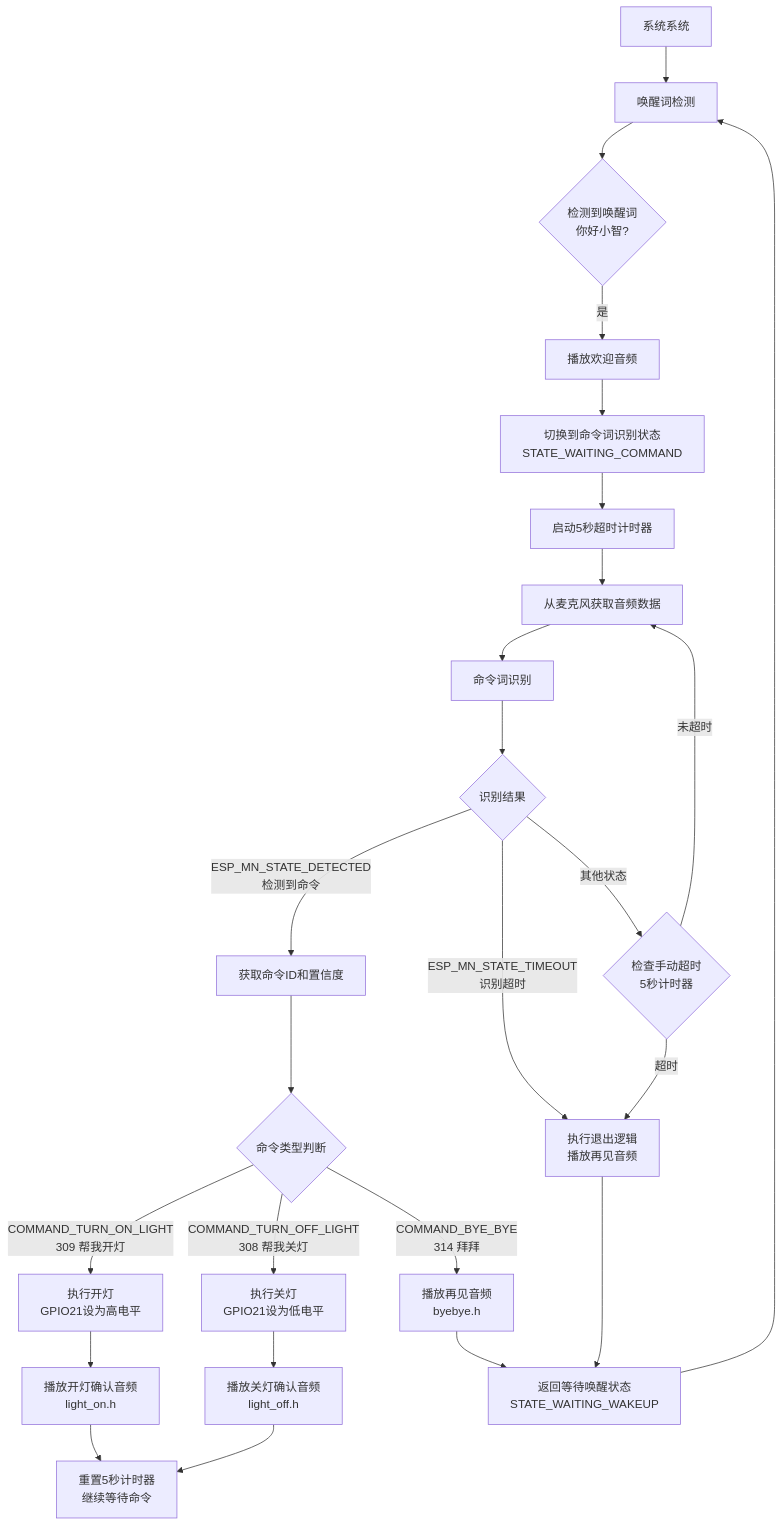
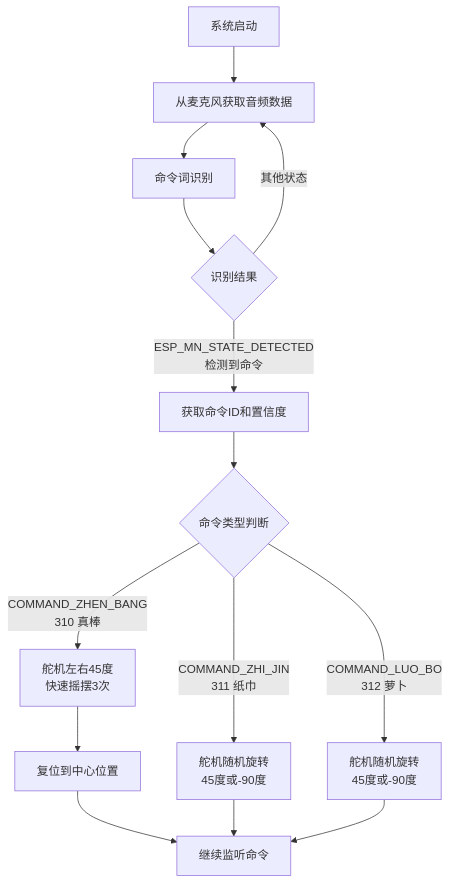
Before and after one commit to shenjingnan/luobo-zhenbang: the second of 2 diagrams in README.md, drawn with Mermaid. The commit also changed other lines of this file and 4 other files, not shown here.

````diff
--- a/README.md
+++ b/README.md
@@ -273,34 +242,21 @@
 ```mermaid
 flowchart TD
-    A[系统系统] --> L[唤醒词检测]
-    L --> M{检测到唤醒词<br/>你好小智?}
-    M -->|是| N[播放欢迎音频]
-    N --> O[切换到命令词识别状态<br/>STATE_WAITING_COMMAND]
-    O --> P[启动5秒超时计时器]
-
-    P --> AA[从麦克风获取音频数据]
-    AA --> DD[命令词识别]
+    A[系统启动] --> L[从麦克风获取音频数据]
+    L --> DD[命令词识别]
     DD --> EE{识别结果}
 
     EE -->|ESP_MN_STATE_DETECTED<br/>检测到命令| FF[获取命令ID和置信度]
     FF --> GG{命令类型判断}
 
-    GG -->|COMMAND_TURN_ON_LIGHT<br/>309 帮我开灯| HH[执行开灯<br/>GPIO21设为高电平]
-    HH --> II[播放开灯确认音频<br/>light_on.h]
-    II --> JJ[重置5秒计时器<br/>继续等待命令]
+    GG -->|COMMAND_ZHEN_BANG<br/>310 真棒| HH[舵机左右45度<br/>快速摇摆3次]
+    HH --> II[复位到中心位置]
+    II --> JJ[继续监听命令]
 
-    GG -->|COMMAND_TURN_OFF_LIGHT<br/>308 帮我关灯| KK[执行关灯<br/>GPIO21设为低电平]
-    KK --> LL[播放关灯确认音频<br/>light_off.h]
+    GG -->|COMMAND_ZHI_JIN<br/>311 纸巾| KK[舵机随机旋转<br/>45度或-90度]
+    KK --> JJ
+
+    GG -->|COMMAND_LUO_BO<br/>312 萝卜| LL[舵机随机旋转<br/>45度或-90度]
     LL --> JJ
 
-    GG -->|COMMAND_BYE_BYE<br/>314 拜拜| OO[播放再见音频<br/>byebye.h]
-    OO --> PP[返回等待唤醒状态<br/>STATE_WAITING_WAKEUP]
-    PP --> L
-
-    EE -->|ESP_MN_STATE_TIMEOUT<br/>识别超时| RR[执行退出逻辑<br/>播放再见音频]
-    RR --> PP
-
-    EE -->|其他状态| SS{检查手动超时<br/>5秒计时器}
-    SS -->|超时| RR
-    SS -->|未超时| AA
+    EE -->|其他状态| L
 ```
````
